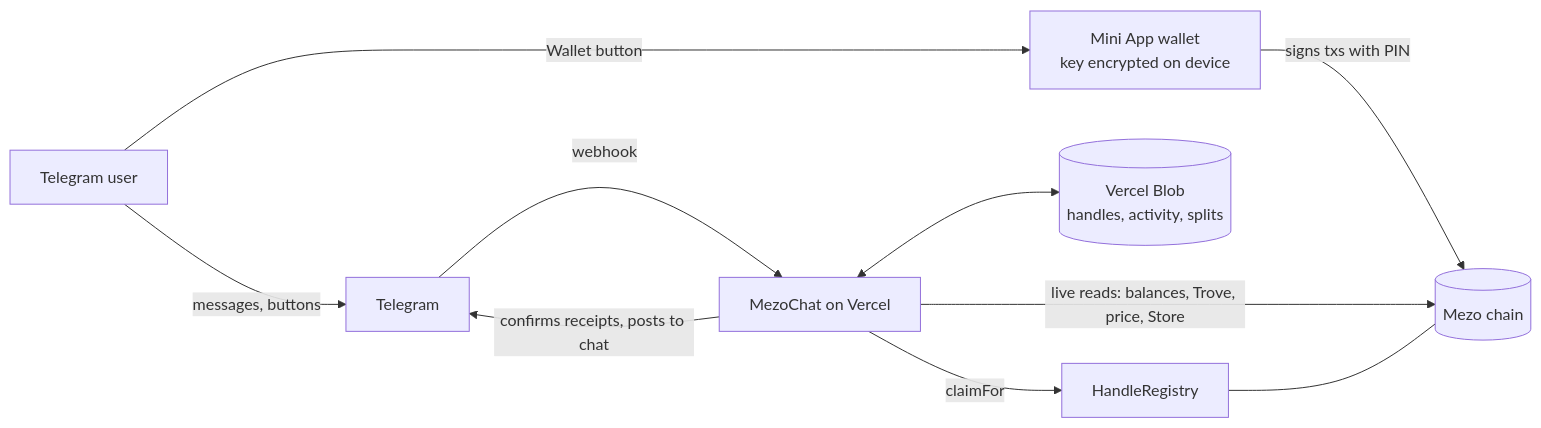
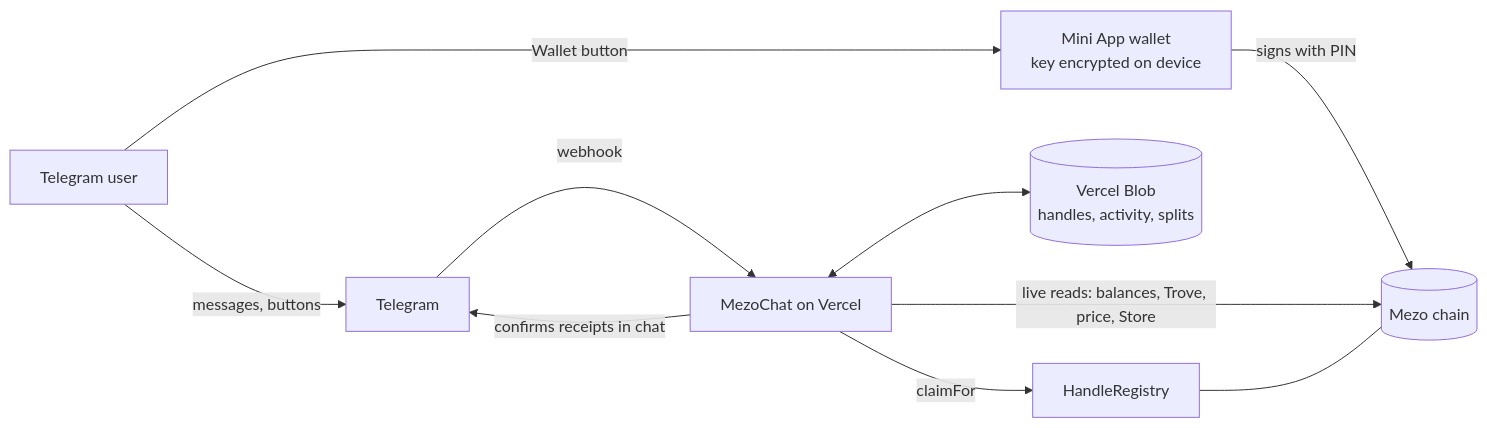
Before and after one commit to Datwebguy/mezochat: the diagram in README.md, drawn with Mermaid. The commit also changed other lines of this file and 2 other files, not shown here.

````diff
--- a/README.md
+++ b/README.md
@@ -202,12 +201,12 @@
 ```mermaid
 flowchart LR
   U[Telegram user] -->|messages, buttons| T[Telegram]
   T -->|webhook| F[MezoChat on Vercel]
   U -->|Wallet button| M[Mini App wallet<br/>key encrypted on device]
-  M -->|signs txs with PIN| C[(Mezo chain)]
+  M -->|signs with PIN| C[(Mezo chain)]
   F -->|live reads: balances, Trove, price, Store| C
-  F -->|confirms receipts, posts to chat| T
+  F -->|confirms receipts in chat| T
   F <--> S[(Vercel Blob<br/>handles, activity, splits)]
   F -->|claimFor| R[HandleRegistry]
   R --- C
 ```
````
